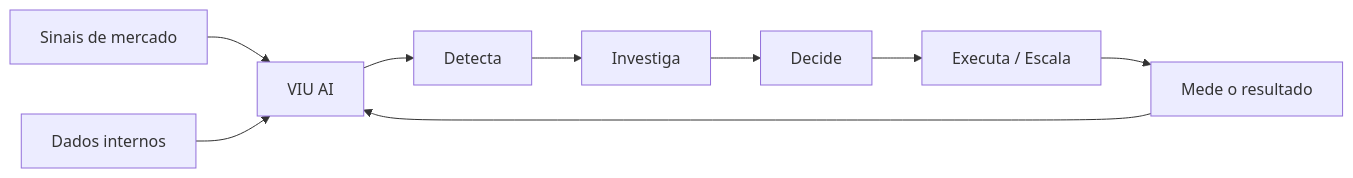
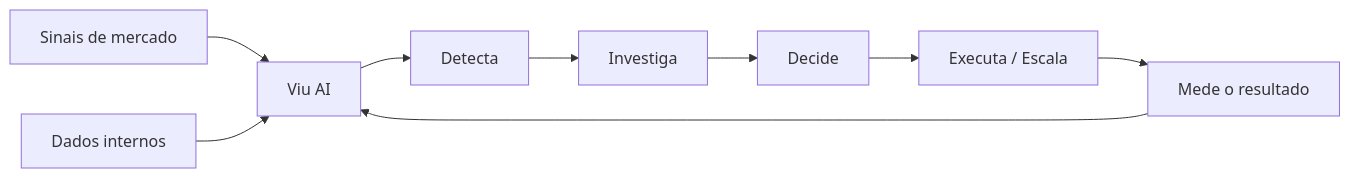
The diagram in README.md (ThallesCansi/viu-ai), drawn with Mermaid before and after one commit. The commit also changed other lines of this file, not shown here.

````diff
--- a/README.md
+++ b/README.md
@@ -39,11 +39,11 @@
 ```mermaid
 flowchart LR
-    A[Sinais de mercado] --> C[VIU AI]
+    A[Sinais de mercado] --> C[Viu AI]
     B[Dados internos] --> C
     C --> D[Detecta]
     D --> E[Investiga]
     E --> F[Decide]
     F --> G[Executa / Escala]
     G --> H[Mede o resultado]
     H --> C
 ```
````
